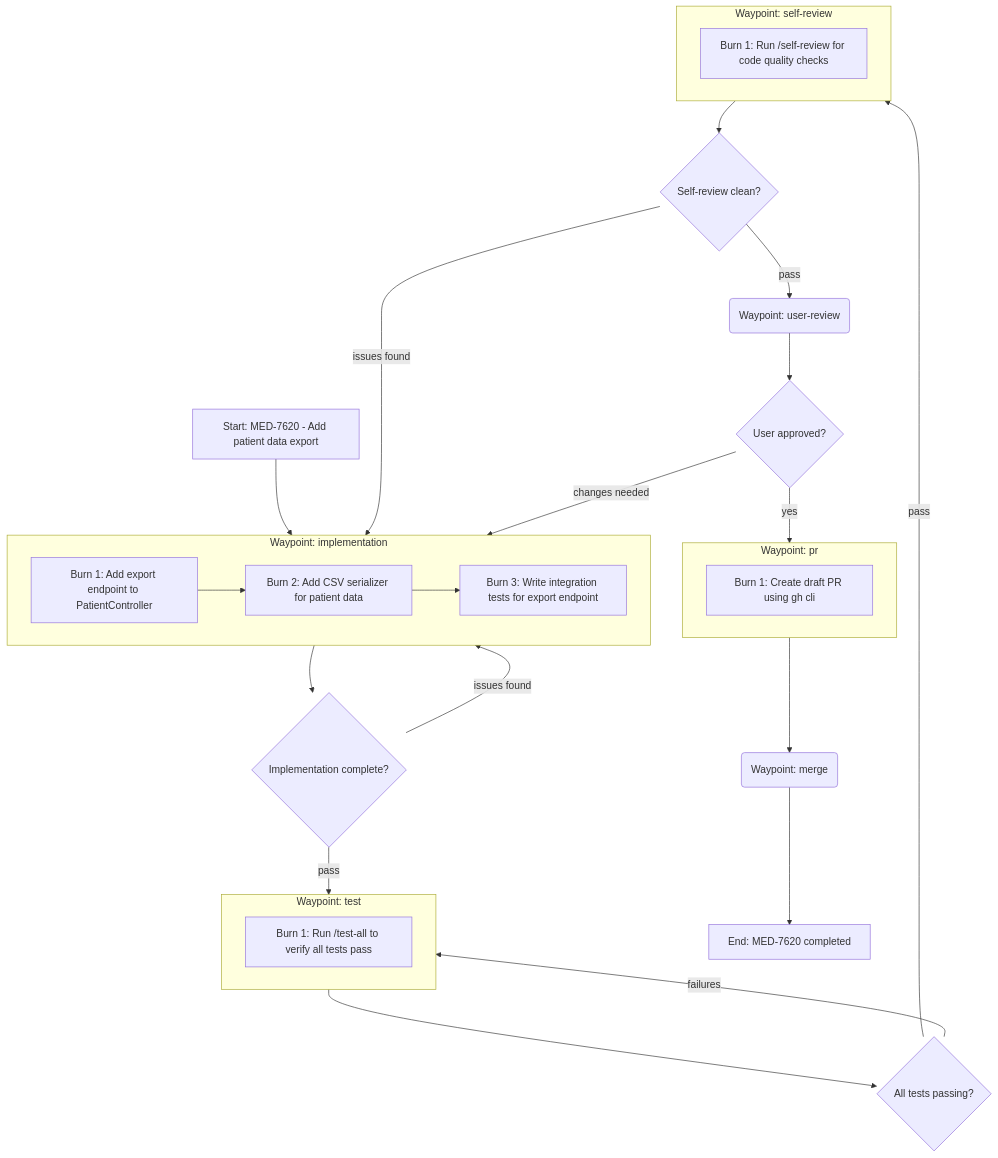
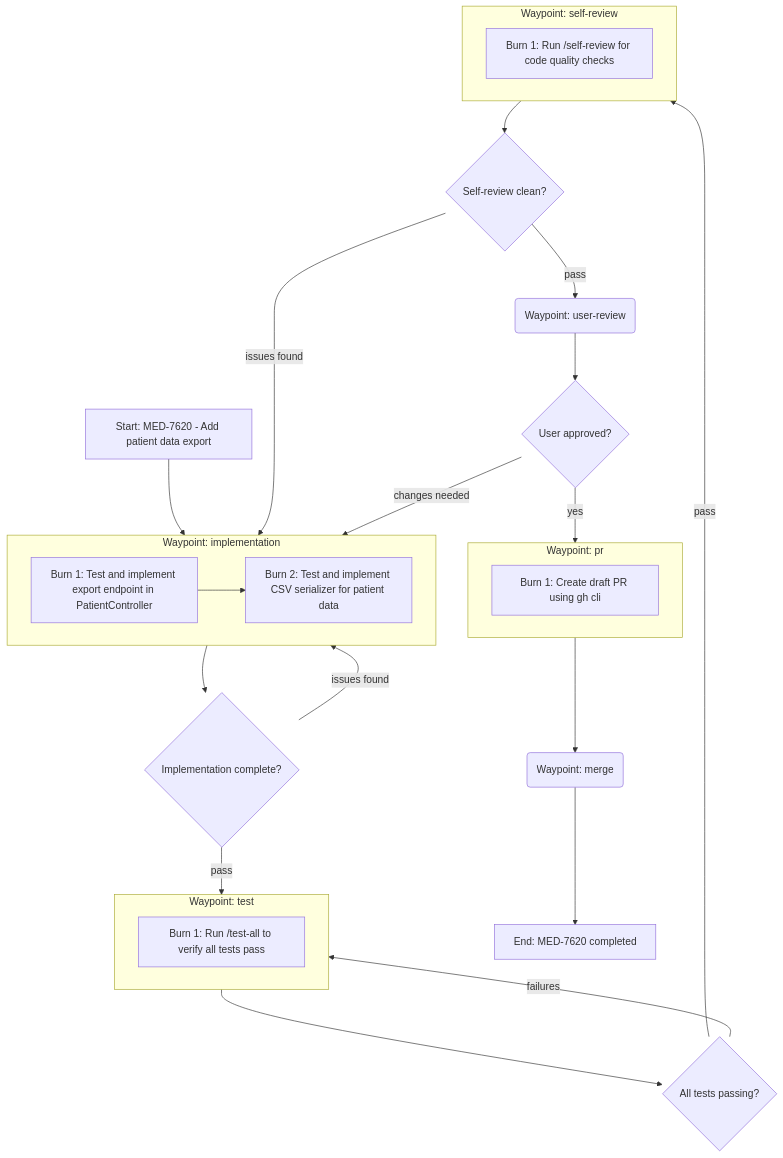
Before and after one commit to viktorvan/dot-files: the second of 2 diagrams in opencode/skill/plot-trajectory/SKILL.md, drawn with Mermaid. The commit also changed other lines of this file and 9 other files, not shown here.

````diff
--- a/opencode/skill/plot-trajectory/SKILL.md
+++ b/opencode/skill/plot-trajectory/SKILL.md
@@ -82,41 +84,40 @@
 ```mermaid
 flowchart TD
     Start[Start: MED-7620 - Add patient data export] --> WP1
 
     subgraph WP1[Waypoint: implementation]
-        B1[Burn 1: Add export endpoint to PatientController]
-        B1 --> B2[Burn 2: Add CSV serializer for patient data]
-        B2 --> B3[Burn 3: Write integration tests for export endpoint]
+        B1[Burn 1: Test and implement export endpoint in PatientController]
+        B1 --> B2[Burn 2: Test and implement CSV serializer for patient data]
     end
 
     WP1 --> D1{Implementation complete?}
     D1 -->|pass| WP2
     D1 -->|issues found| WP1
 
     subgraph WP2[Waypoint: test]
         T1[Burn 1: Run /test-all to verify all tests pass]
     end
 
     WP2 --> D2{All tests passing?}
     D2 -->|pass| WP3
     D2 -->|failures| WP2
 
     subgraph WP3[Waypoint: self-review]
         SR1[Burn 1: Run /self-review for code quality checks]
     end
 
     WP3 --> D3{Self-review clean?}
     D3 -->|pass| WP4(Waypoint: user-review)
     D3 -->|issues found| WP1
 
     WP4 --> D4{User approved?}
     D4 -->|yes| WP5
     D4 -->|changes needed| WP1
 
     subgraph WP5[Waypoint: pr]
         PR1[Burn 1: Create draft PR using gh cli]
     end
 
     WP5 --> WP6(Waypoint: merge)
     WP6 --> Done[End: MED-7620 completed]
 ```
````
